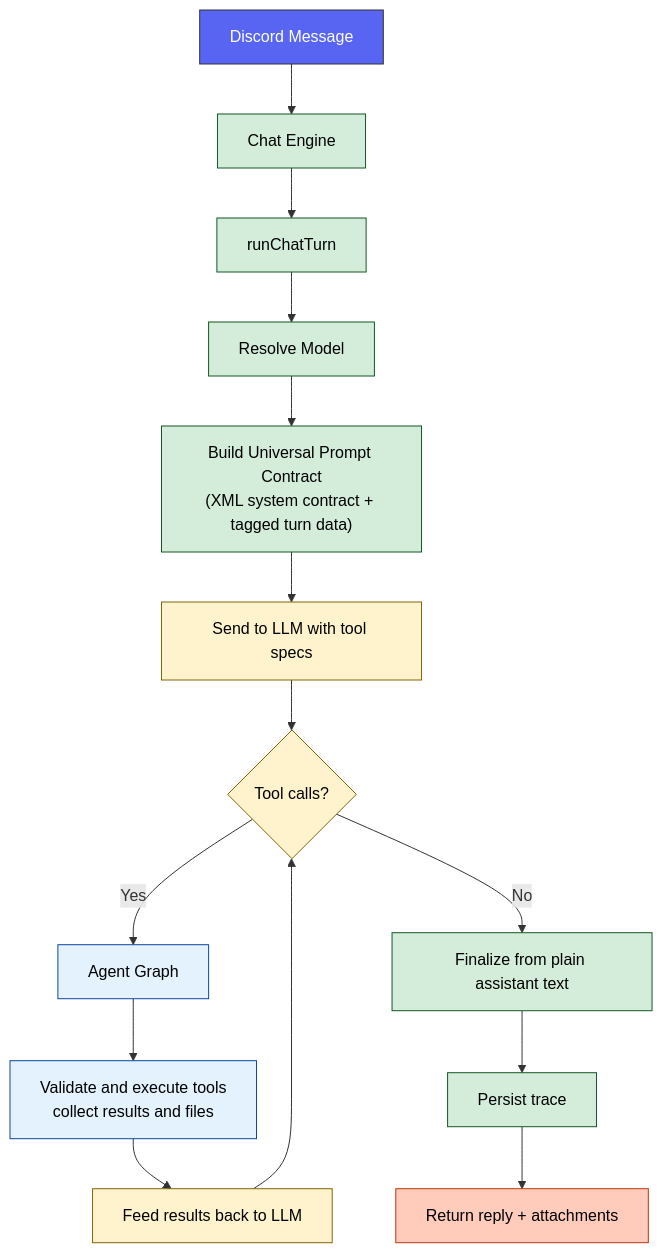
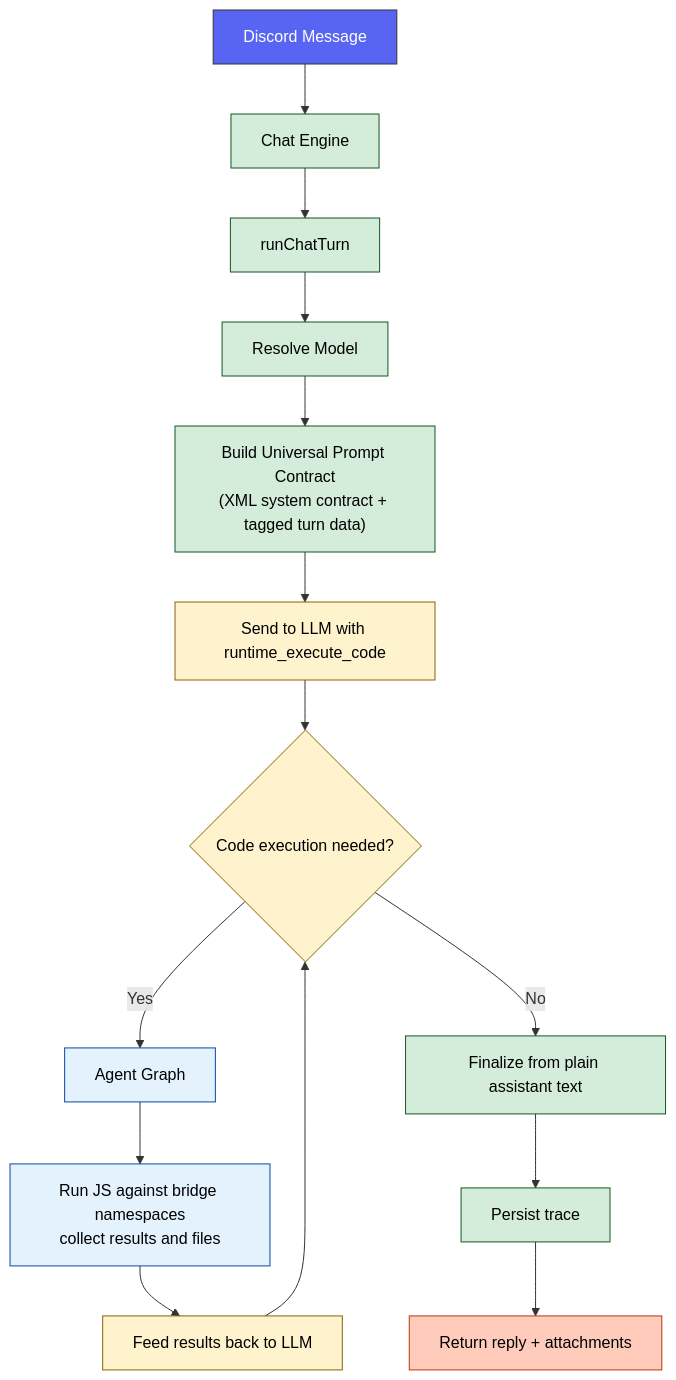
Before and after one commit to BokX1/Sage: the first of 2 diagrams in docs/architecture/PIPELINE.md, drawn with Mermaid. The commit also changed other lines of this file and 58 other files, not shown here.

Commit message:
feat: finalize bridge-native code mode rewrite

````diff
--- a/docs/architecture/PIPELINE.md
+++ b/docs/architecture/PIPELINE.md
@@ -29,24 +29,24 @@
 ```mermaid
 flowchart TD
     classDef discord fill:#5865f2,stroke:#333,color:white
     classDef runtime fill:#d4edda,stroke:#155724,color:black
     classDef llm fill:#fff3cd,stroke:#856404,color:black
     classDef tools fill:#e3f2fd,stroke:#0d47a1,color:black
     classDef output fill:#ffccbc,stroke:#bf360c,color:black
 
     A[Discord Message]:::discord --> B[Chat Engine]:::runtime
     B --> C[runChatTurn]:::runtime
     C --> D[Resolve Model]:::runtime
     D --> E["Build Universal Prompt Contract<br/>(XML system contract + tagged turn data)"]:::runtime
-    E --> G[Send to LLM with tool specs]:::llm
-    G --> H{Tool calls?}:::llm
+    E --> G[Send to LLM with runtime_execute_code]:::llm
+    G --> H{Code execution needed?}:::llm
 
     H -->|Yes| I[Agent Graph]:::tools
-    I --> J["Validate and execute tools<br/>collect results and files"]:::tools
+    I --> J["Run JS against bridge namespaces<br/>collect results and files"]:::tools
     J --> K[Feed results back to LLM]:::llm
     K --> H
 
     H -->|No| L[Finalize from plain assistant text]:::runtime
     L --> M[Persist trace]:::runtime
     M --> N[Return reply + attachments]:::output
 ```
````
